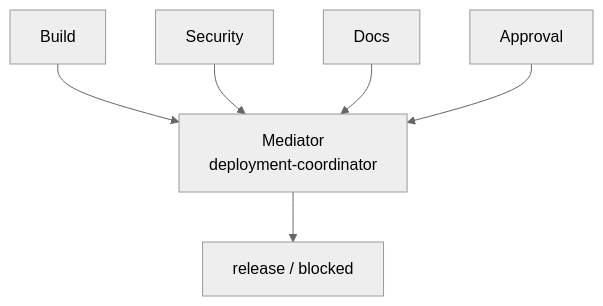
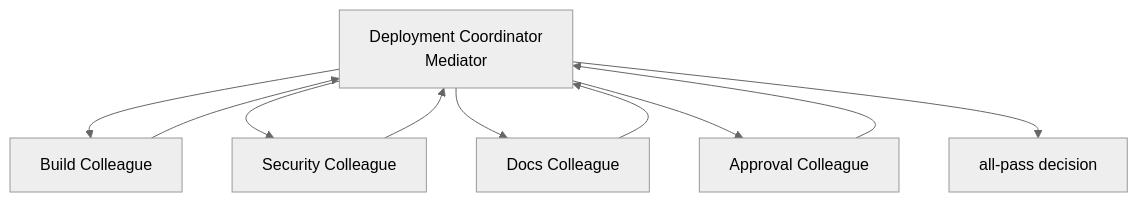
Before and after one commit to MetaInFLow/skillware-patterns: the diagram in patterns/mediator/README.md, drawn with Mermaid (neutral theme). The commit also changed other lines of this file and 12 other files, not shown here.

````diff
--- a/patterns/mediator/README.md
+++ b/patterns/mediator/README.md
@@ -32,8 +22,12 @@
 ```mermaid
 flowchart TB
-    B[Build] --> M[Mediator\ndeployment-coordinator]
-    S[Security] --> M
-    D[Docs] --> M
-    A[Approval] --> M
-    M --> O[release / blocked]
+    C[Deployment Coordinator\nMediator] --> B[Build Colleague]
+    C --> S[Security Colleague]
+    C --> D[Docs Colleague]
+    C --> A[Approval Colleague]
+    B --> C
+    S --> C
+    D --> C
+    A --> C
+    C --> O[all-pass decision]
 ```
````
